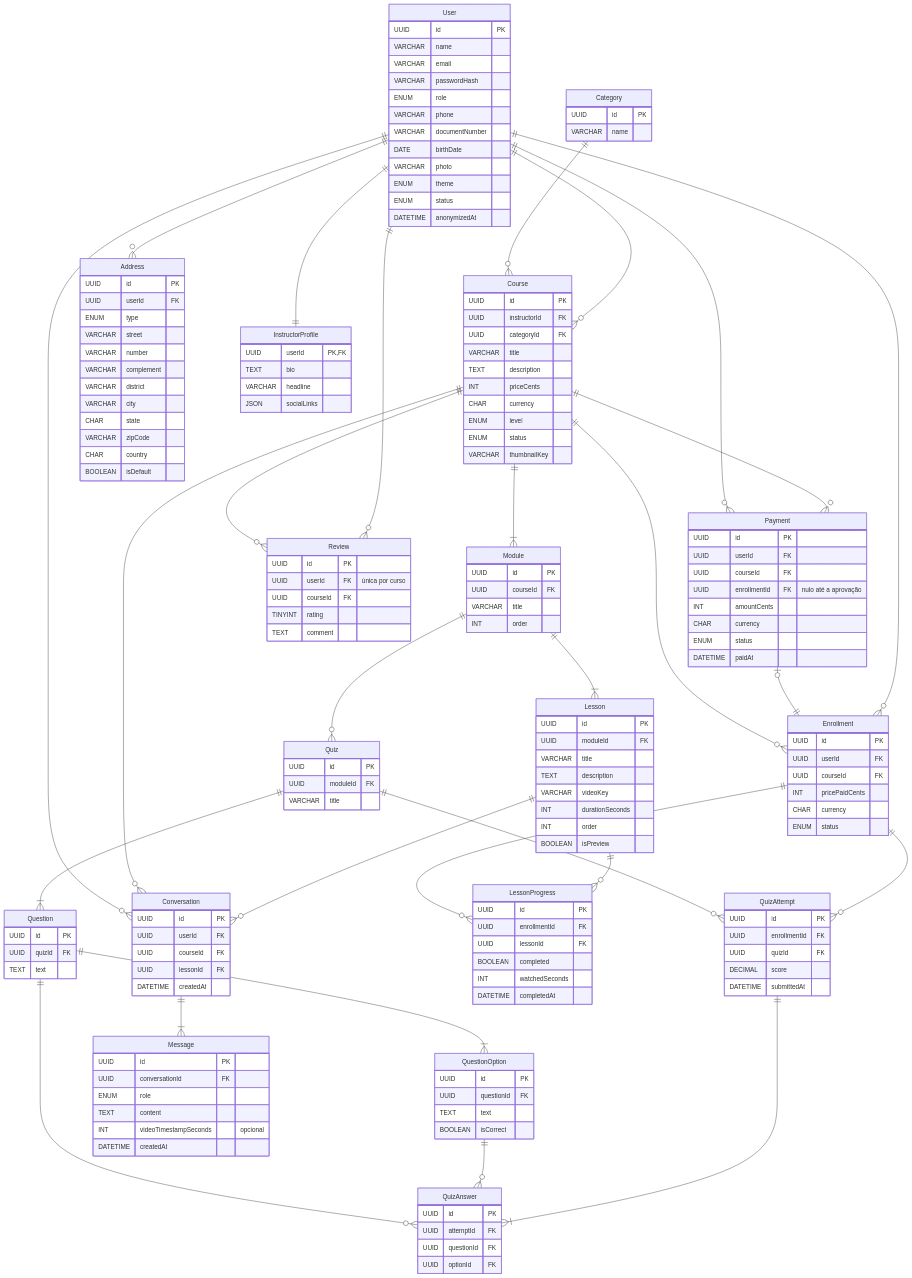
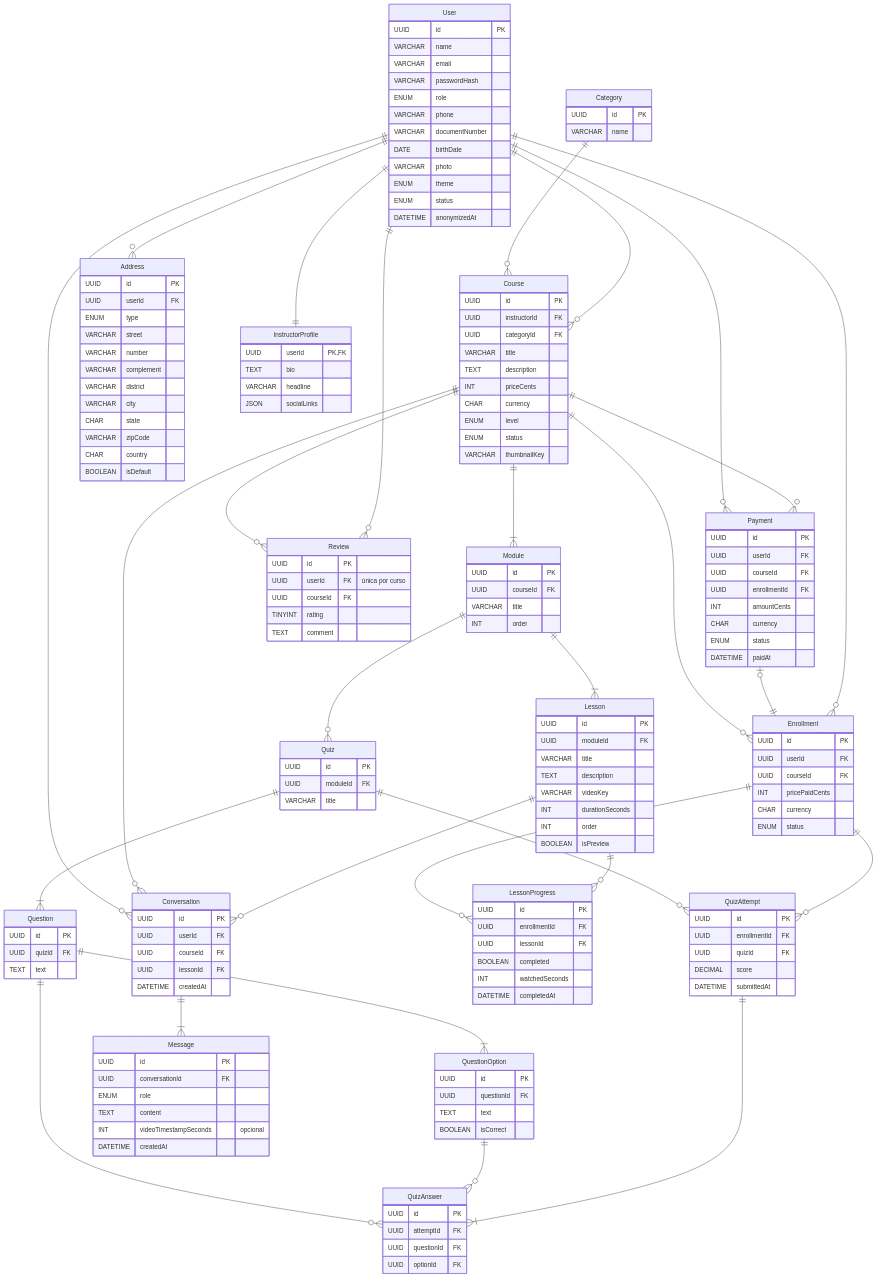
The first of 3 diagrams in docs/tdd.md (Plataforma-de-Cursos-TCC/plataforma-cursos-docs), drawn with Mermaid before and after one commit. The commit also changed other lines of this file and 17 other files, not shown here.

```diff
--- a/docs/tdd.md
+++ b/docs/tdd.md
@@ -177,7 +177,7 @@
         UUID id PK
         UUID userId FK
         UUID courseId FK
-        UUID enrollmentId FK "nulo até a aprovação"
+        UUID enrollmentId FK
         INT amountCents
         CHAR currency
         ENUM status
```
